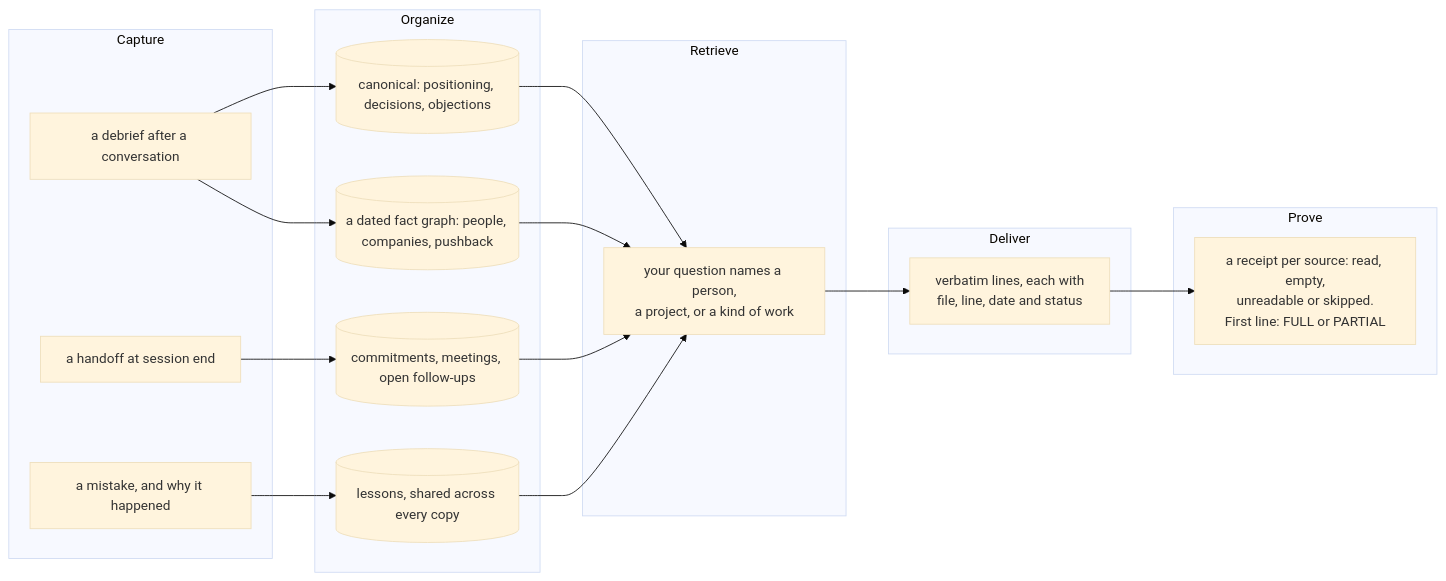
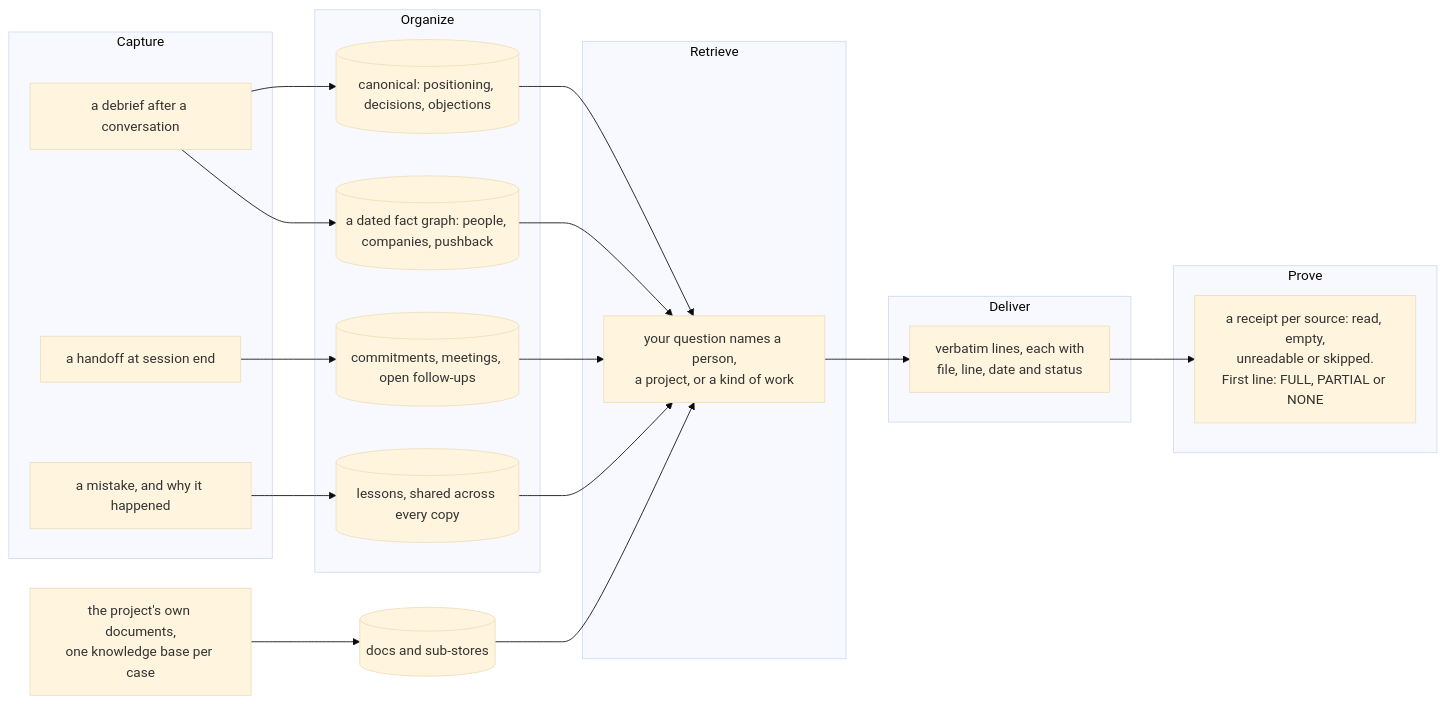
One commit to assafkip/q-founder-os changed the first of 7 diagrams in README.md. Above: the diagram before and after it, drawn with Mermaid (base theme). The commit also changed other lines of this file, not shown here.

````diff
--- a/README.md
+++ b/README.md
@@ -23,32 +23,34 @@
 ```mermaid
 flowchart LR
     subgraph capture ["Capture"]
         C1["a debrief after a conversation"]
         C2["a handoff at session end"]
         C3["a mistake, and why it happened"]
     end
     subgraph organize ["Organize"]
         O1[("canonical: positioning, decisions, objections")]
         O2[("a dated fact graph: people, companies, pushback")]
         O3[("commitments, meetings, open follow-ups")]
         O4[("lessons, shared across every copy")]
     end
     subgraph retrieve ["Retrieve"]
         R["your question names a person,<br/>a project, or a kind of work"]
     end
     subgraph deliver ["Deliver"]
         D["verbatim lines, each with<br/>file, line, date and status"]
     end
     subgraph prove ["Prove"]
-        P["a receipt per source: read, empty,<br/>unreadable or skipped.<br/>First line: FULL or PARTIAL"]
+        P["a receipt per source: read, empty,<br/>unreadable or skipped.<br/>First line: FULL, PARTIAL or NONE"]
     end
     C1 --> O1
     C1 --> O2
     C2 --> O3
     C3 --> O4
+    C4["the project's own documents,<br/>one knowledge base per case"] --> O5[("docs and sub-stores")]
     O1 --> R
     O2 --> R
     O3 --> R
     O4 --> R
+    O5 --> R
     R --> D --> P
 ```
````
